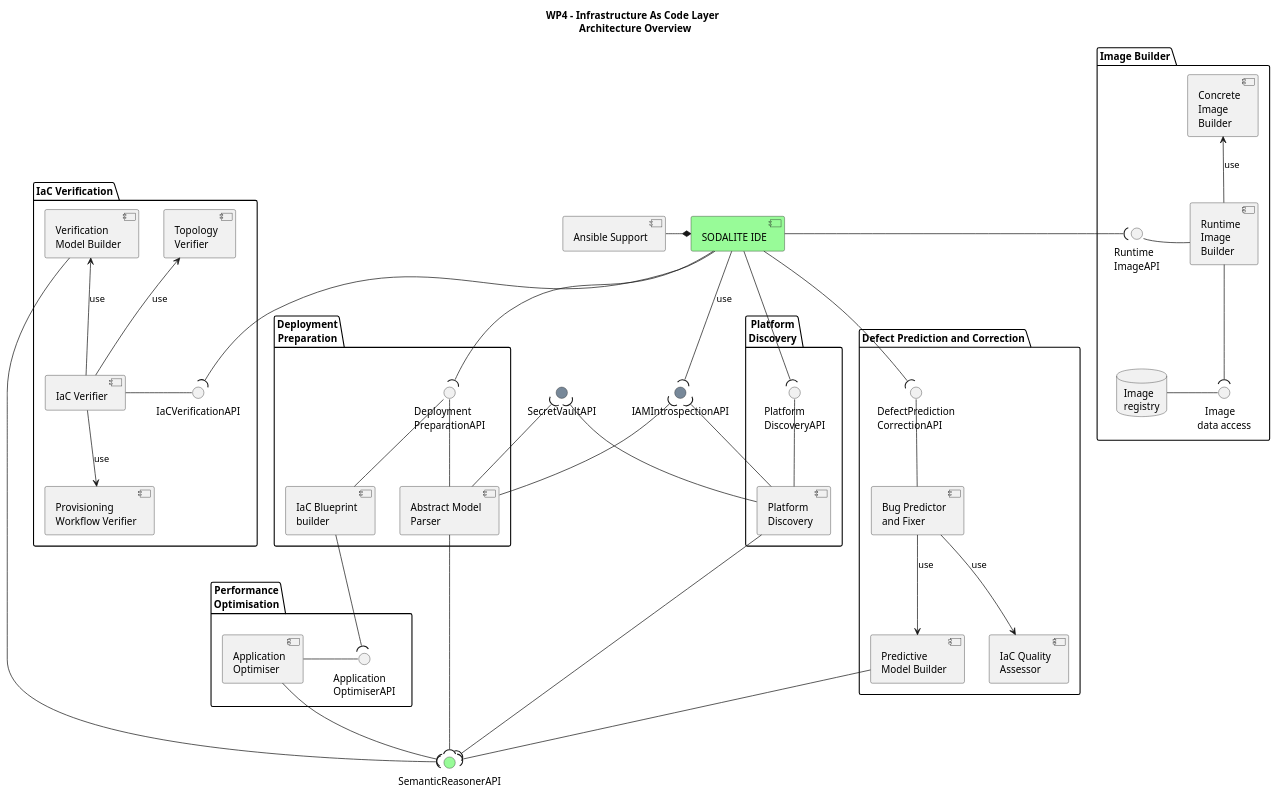
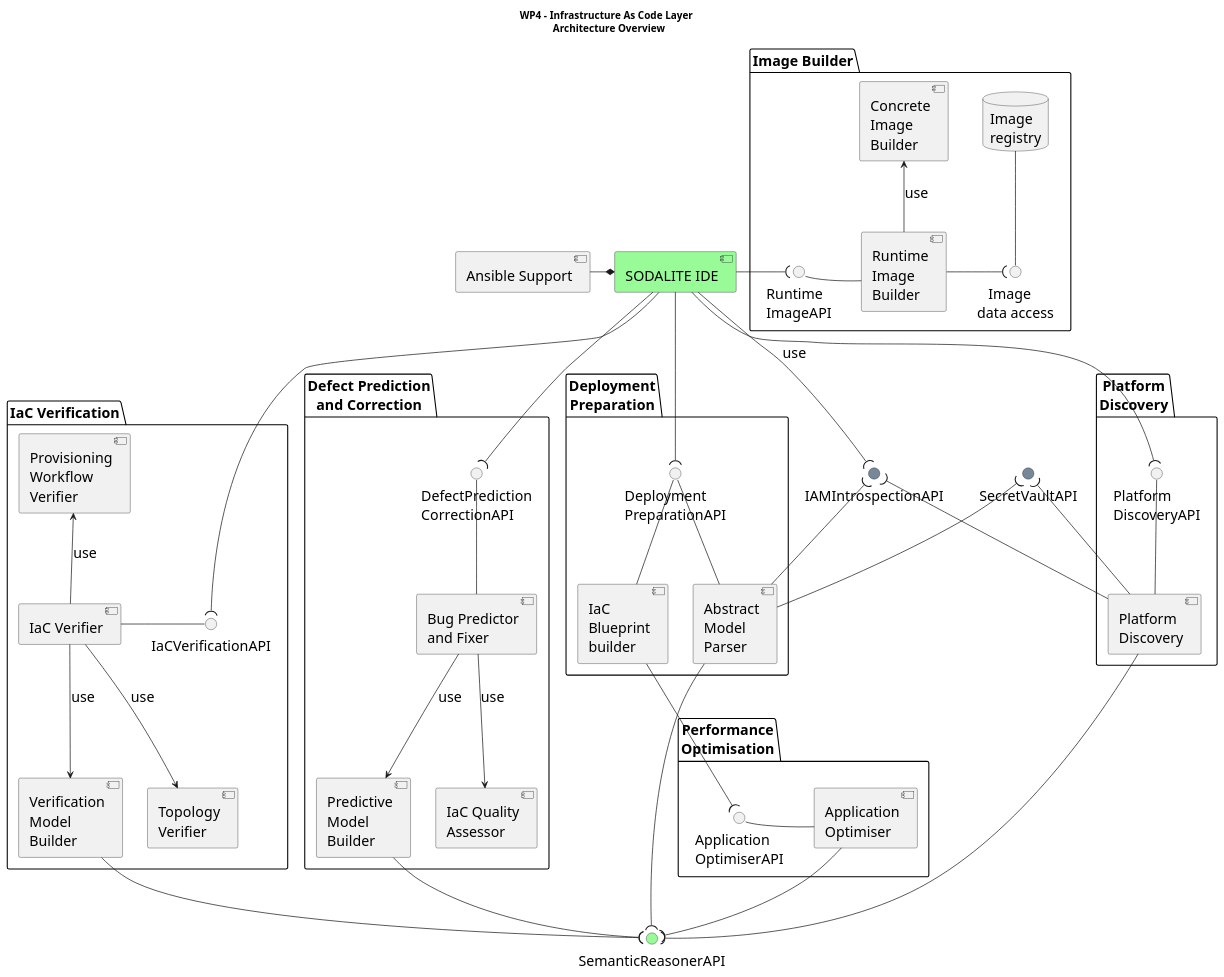
Before and after one commit to SODALITE-EU/project-wide-documentation: the diagram in uml/component-diagrams/CD-WP4-ArchitectureOverview.puml, drawn with PlantUML.

Commit message:
WP4 architecture beautifying for better readability

```diff
--- a/uml/component-diagrams/CD-WP4-ArchitectureOverview.puml
+++ b/uml/component-diagrams/CD-WP4-ArchitectureOverview.puml
@@ -1,95 +1,96 @@
 @startuml
 
 title WP4 - Infrastructure As Code Layer \n Architecture Overview
 
 skinparam fixCircleLabelOverlapping true 
+skinparam defaultFontSize 20
 
 'reference to WP3
 component "SODALITE IDE" as cSIDE #PaleGreen
 component "Ansible Support" as cAnsible
 cSIDE*-l-cAnsible
 
 
 'security APIs
 interface "SemanticReasonerAPI"  as repoEndpoint #PaleGreen
 
 interface "SecretVaultAPI" as VaultAPI #LightSlateGrey
 interface "IAMIntrospectionAPI" as iIAM #LightSlateGrey
 
 'WP4 components and packages
 package "Deployment\nPreparation" as pDP {
-    component [Abstract Model\nParser] as cAbstractModelParser
-    component [IaC Blueprint\nbuilder] as cIaCBlueprintBuilder
+    component [Abstract\nModel\nParser] as cAbstractModelParser
+    component [IaC\nBlueprint\nbuilder] as cIaCBlueprintBuilder
     interface "Deployment\nPreparationAPI"  as iBluePrintGeneratorAPI
     cAbstractModelParser -u- iBluePrintGeneratorAPI
     cIaCBlueprintBuilder -u- iBluePrintGeneratorAPI    
 }
 
 package "Image Builder" {
     component [Runtime\nImage\nBuilder] as cRuntimeImageBuilder
     component [Concrete\nImage\nBuilder] as cConcreteImageBuilder
     interface "Runtime\nImageAPI"  as iRuntimeImageBuilder
+    database "Image\nregistry" as dIR
+    interface "   Image\ndata access" as iIRDataAccess
     cRuntimeImageBuilder -l- iRuntimeImageBuilder
     cRuntimeImageBuilder -u-> cConcreteImageBuilder:use
-    database "Image\nregistry" as dIR
-    interface "   Image\ndata access" as iIRDataAccess
-    dIR -r- iIRDataAccess
-    cRuntimeImageBuilder -d-( iIRDataAccess
+    dIR -- iIRDataAccess
+    cRuntimeImageBuilder -r-( iIRDataAccess
 }
 
 package "IaC Verification" as pIV {
     component [IaC Verifier] as cIaCVerifier
     interface "IaCVerificationAPI"  as iIaCVerifier
     cIaCVerifier -r- iIaCVerifier
-    component [Verification\nModel Builder] as cVerificationModelBuilder
+    component [Verification\nModel\nBuilder] as cVerificationModelBuilder
     component [Topology\nVerifier] as cTopologyVerifier
-    component [Provisioning\nWorkflow Verifier] as cProvisioningWorkflowVerifier
-    cIaCVerifier -u-> cVerificationModelBuilder:use
-    cIaCVerifier -u-> cTopologyVerifier:use
-    cIaCVerifier -d-> cProvisioningWorkflowVerifier:use
+    component [Provisioning\nWorkflow\nVerifier] as cProvisioningWorkflowVerifier
+    cIaCVerifier -d-> cVerificationModelBuilder:use
+    cIaCVerifier -d-> cTopologyVerifier:use
+    cIaCVerifier -u-> cProvisioningWorkflowVerifier:use
 }
 
-package "Defect Prediction and Correction" as pDPC {
+package "Defect Prediction\nand Correction" as pDPC {
     component [Bug Predictor\nand Fixer ] as cBugPredictorAndFixer
     interface "DefectPrediction\nCorrectionAPI"  as iBugPredictorAndFixer
     cBugPredictorAndFixer -u- iBugPredictorAndFixer
-    component [Predictive\nModel Builder] as cPredictiveModelBuilder
+    component [Predictive\nModel\nBuilder] as cPredictiveModelBuilder
     component [IaC Quality\nAssessor] as cIaCQualityAssessor
     cBugPredictorAndFixer --> cIaCQualityAssessor:use
     cBugPredictorAndFixer --> cPredictiveModelBuilder:use
 }
 
 package "Performance\nOptimisation" as packagePO {
     component "Application\nOptimiser" as cApplicationOptimiser
     interface "Application\nOptimiserAPI"  as iApplicationOptimiser
-    cApplicationOptimiser -r- iApplicationOptimiser
+    cApplicationOptimiser -l- iApplicationOptimiser
 }
 
 
 package "Platform\nDiscovery" as packagePD {
     component "Platform\nDiscovery" as cPlatformDiscovery
     interface "Platform\nDiscoveryAPI"  as iPlatformDiscovery
     cPlatformDiscovery -u- iPlatformDiscovery
 }
 
-cAbstractModelParser -r-( repoEndpoint
+cAbstractModelParser -d-( repoEndpoint
 cSIDE -d-( iBluePrintGeneratorAPI
 cSIDE -d-( iIaCVerifier
 cSIDE -d-( iBugPredictorAndFixer
 cSIDE -d-( iPlatformDiscovery
 cSIDE -d-( iIAM:use
 'cSIDE -( VaultAPI:use
 
 cIaCBlueprintBuilder -d-( iApplicationOptimiser
 cSIDE -( iRuntimeImageBuilder
 
 cPredictiveModelBuilder -d-( repoEndpoint
-cVerificationModelBuilder -( repoEndpoint
+cVerificationModelBuilder -d-( repoEndpoint
 cApplicationOptimiser -d-( repoEndpoint
 cPlatformDiscovery -d-( repoEndpoint
 
 cPlatformDiscovery -u-( iIAM
 cPlatformDiscovery -u-( VaultAPI
 cAbstractModelParser -u-( iIAM
 cAbstractModelParser -u-( VaultAPI
 @enduml
```
